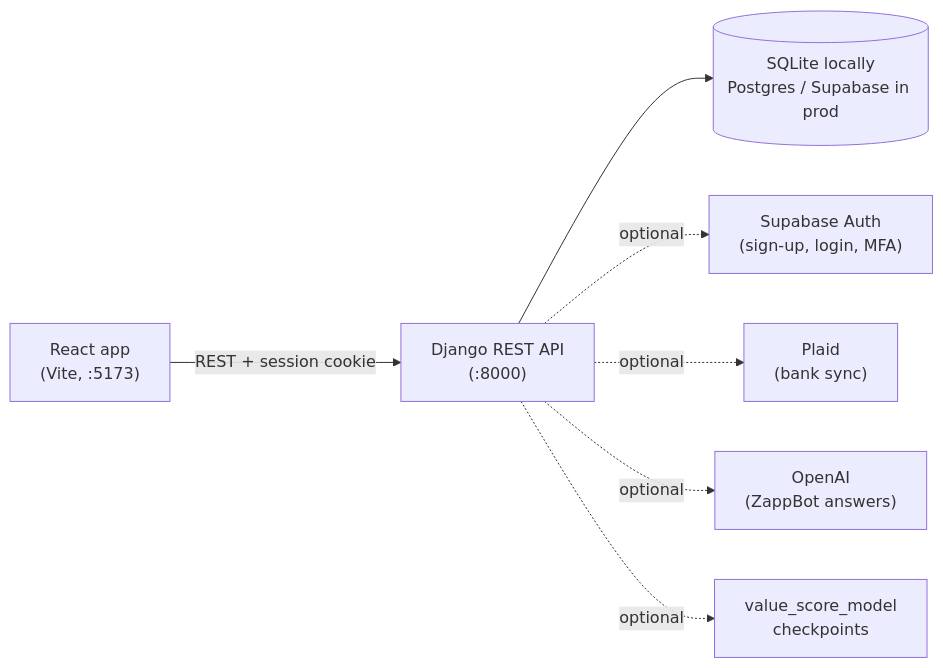
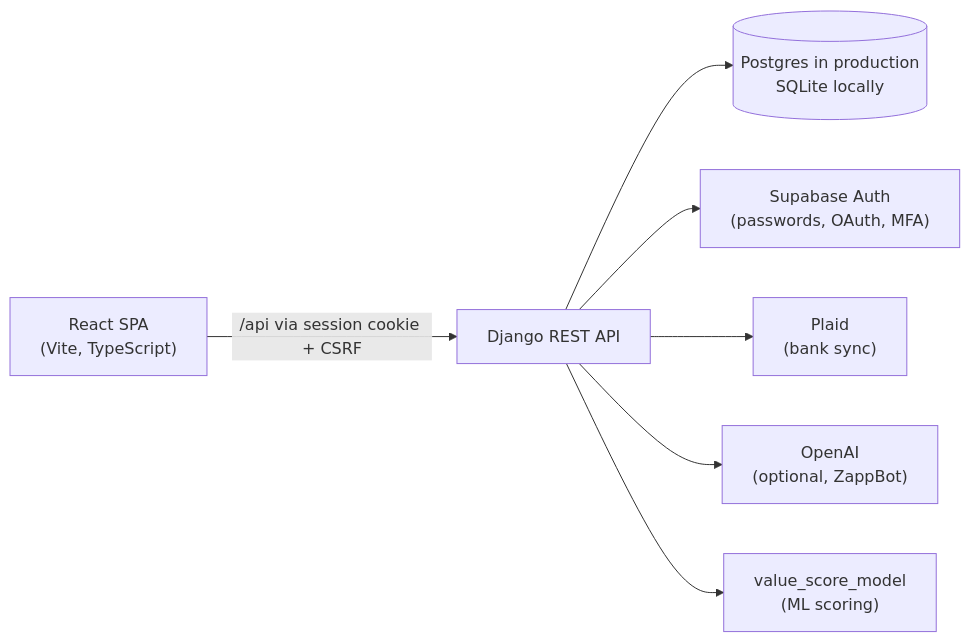
One commit to adhvikrayaprolu/Zapp changed the diagram in README.md. Above: the diagram before and after it, drawn with Mermaid. The commit also changed other lines of this file and 13 other files, not shown here.

````diff
--- a/README.md
+++ b/README.md
@@ -101,9 +100,9 @@
 ```mermaid
 flowchart LR
-    Browser["React app<br/>(Vite, :5173)"] -- "REST + session cookie" --> API["Django REST API<br/>(:8000)"]
-    API --> DB[("SQLite locally<br/>Postgres / Supabase in prod")]
-    API -. optional .-> Supabase["Supabase Auth<br/>(sign-up, login, MFA)"]
-    API -. optional .-> Plaid["Plaid<br/>(bank sync)"]
-    API -. optional .-> OpenAI["OpenAI<br/>(ZappBot answers)"]
-    API -. optional .-> Model["value_score_model<br/>checkpoints"]
+    Browser["React SPA<br/>(Vite, TypeScript)"] -- "/api via session cookie + CSRF" --> API["Django REST API"]
+    API --> DB[("Postgres in production<br/>SQLite locally")]
+    API --> Auth["Supabase Auth<br/>(passwords, OAuth, MFA)"]
+    API --> Plaid["Plaid<br/>(bank sync)"]
+    API --> LLM["OpenAI<br/>(optional, ZappBot)"]
+    API --> Model["value_score_model<br/>(ML scoring)"]
 ```
````
